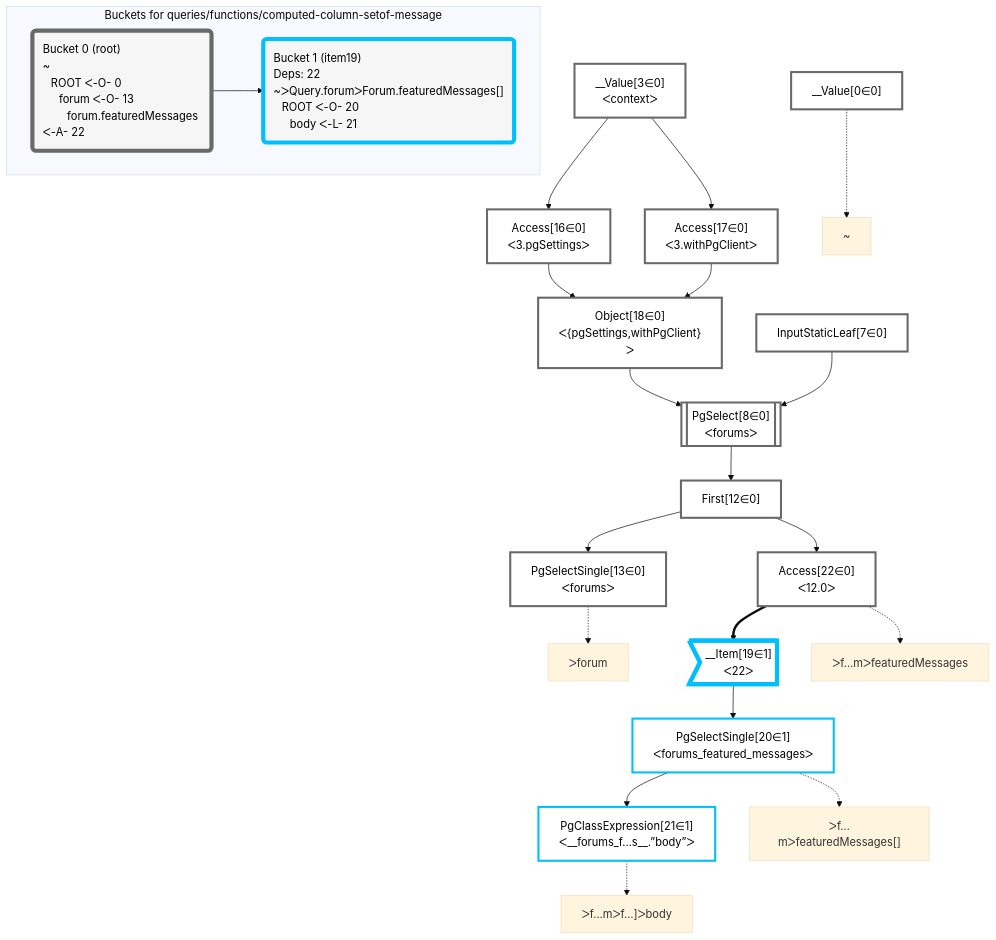
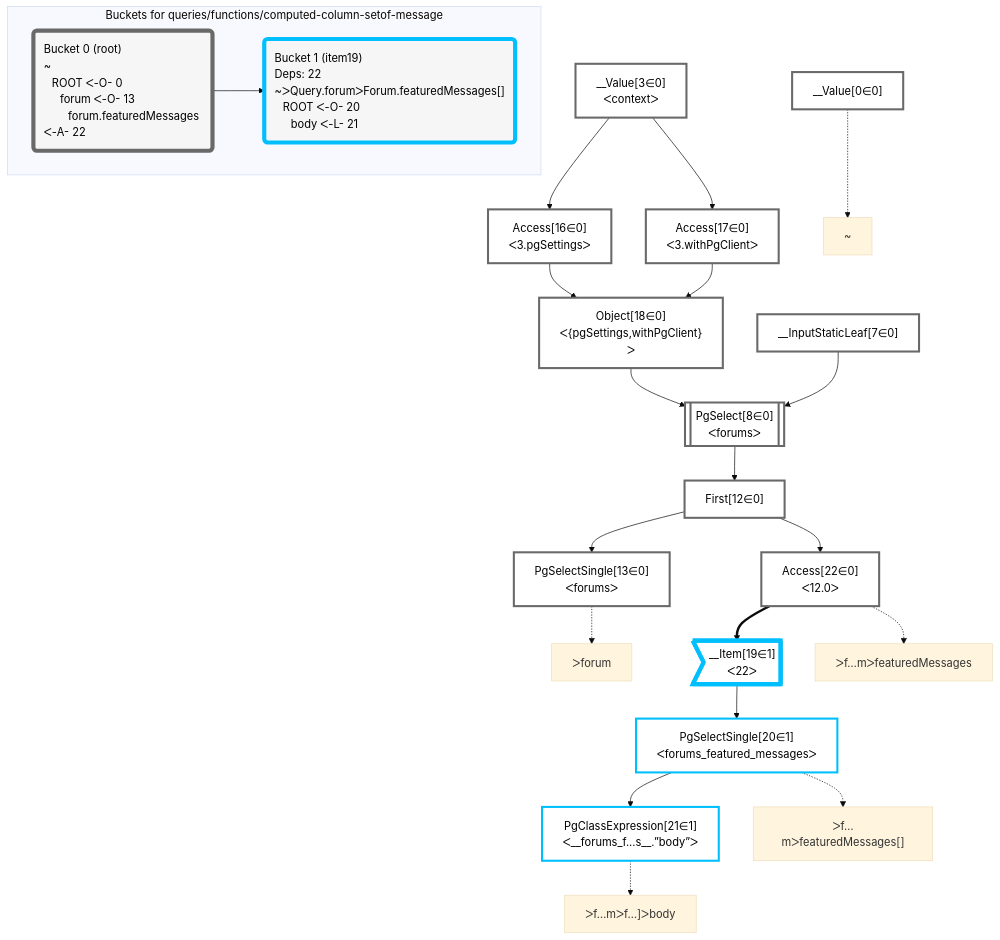
Before and after one commit to graphile/crystal: the diagram in packages/dataplan-pg/__tests__/queries/functions/computed-column-setof-message.mermaid.md, drawn with Mermaid (base theme). The commit also changed 79 other files, not shown here.

````diff
--- a/packages/dataplan-pg/__tests__/queries/functions/computed-column-setof-message.mermaid.md
+++ b/packages/dataplan-pg/__tests__/queries/functions/computed-column-setof-message.mermaid.md
@@ -1,58 +1,58 @@
 ```mermaid
 graph TD
     classDef path fill:#eee,stroke:#000,color:#000
     classDef plan fill:#fff,stroke-width:3px,color:#000
     classDef itemplan fill:#fff,stroke-width:6px,color:#000
     classDef sideeffectplan fill:#f00,stroke-width:6px,color:#000
     classDef bucket fill:#f6f6f6,color:#000,stroke-width:6px,text-align:left
 
 
     %% define plans
     __Value0["__Value[0∈0]"]:::plan
     PgSelectSingle13["PgSelectSingle[13∈0]<br />ᐸforumsᐳ"]:::plan
     PgClassExpression21["PgClassExpression[21∈1]<br />ᐸ__forums_f...s__.”body”ᐳ"]:::plan
     PgSelectSingle20["PgSelectSingle[20∈1]<br />ᐸforums_featured_messagesᐳ"]:::plan
     __Item19>"__Item[19∈1]<br />ᐸ22ᐳ"]:::itemplan
     Access22["Access[22∈0]<br />ᐸ12.0ᐳ"]:::plan
     First12["First[12∈0]"]:::plan
     PgSelect8[["PgSelect[8∈0]<br />ᐸforumsᐳ"]]:::plan
     Object18["Object[18∈0]<br />ᐸ{pgSettings,withPgClient}ᐳ"]:::plan
     Access16["Access[16∈0]<br />ᐸ3.pgSettingsᐳ"]:::plan
     Access17["Access[17∈0]<br />ᐸ3.withPgClientᐳ"]:::plan
     __Value3["__Value[3∈0]<br />ᐸcontextᐳ"]:::plan
-    InputStaticLeaf7["InputStaticLeaf[7∈0]"]:::plan
+    __InputStaticLeaf7["__InputStaticLeaf[7∈0]"]:::plan
 
     %% plan dependencies
     First12 --> PgSelectSingle13
     PgSelectSingle20 --> PgClassExpression21
     __Item19 --> PgSelectSingle20
     Access22 ==> __Item19
     First12 --> Access22
     PgSelect8 --> First12
-    Object18 & InputStaticLeaf7 --> PgSelect8
+    Object18 & __InputStaticLeaf7 --> PgSelect8
     Access16 & Access17 --> Object18
     __Value3 --> Access16
     __Value3 --> Access17
 
     %% plan-to-path relationships
     P0["~"]
     __Value0 -.-> P0
     P13["ᐳforum"]
     PgSelectSingle13 -.-> P13
     P20["ᐳf…mᐳfeaturedMessages[]"]
     PgSelectSingle20 -.-> P20
     P21["ᐳf…mᐳf…]ᐳbody"]
     PgClassExpression21 -.-> P21
     P22["ᐳf…mᐳfeaturedMessages"]
     Access22 -.-> P22
 
     subgraph "Buckets for queries/functions/computed-column-setof-message"
     Bucket0("Bucket 0 (root)<br />~<br />⠀ROOT ᐸ-O- 0<br />⠀⠀forum ᐸ-O- 13<br />⠀⠀⠀forum.featuredMessages ᐸ-A- 22"):::bucket
     classDef bucket0 stroke:#696969
-    class Bucket0,__Value0,__Value3,InputStaticLeaf7,PgSelect8,First12,PgSelectSingle13,Access16,Access17,Object18,Access22 bucket0
+    class Bucket0,__Value0,__Value3,__InputStaticLeaf7,PgSelect8,First12,PgSelectSingle13,Access16,Access17,Object18,Access22 bucket0
     Bucket1("Bucket 1 (item19)<br />Deps: 22<br />~ᐳQuery.forumᐳForum.featuredMessages[]<br />⠀ROOT ᐸ-O- 20<br />⠀⠀body ᐸ-L- 21"):::bucket
     classDef bucket1 stroke:#00bfff
     class Bucket1,__Item19,PgSelectSingle20,PgClassExpression21 bucket1
     Bucket0 --> Bucket1
     end
 ```
````
